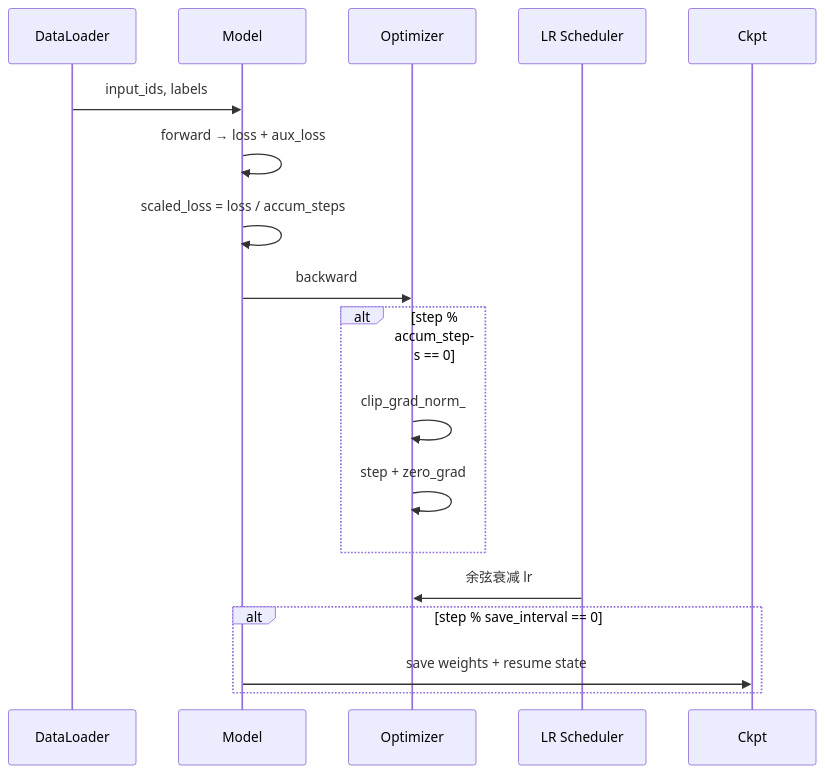
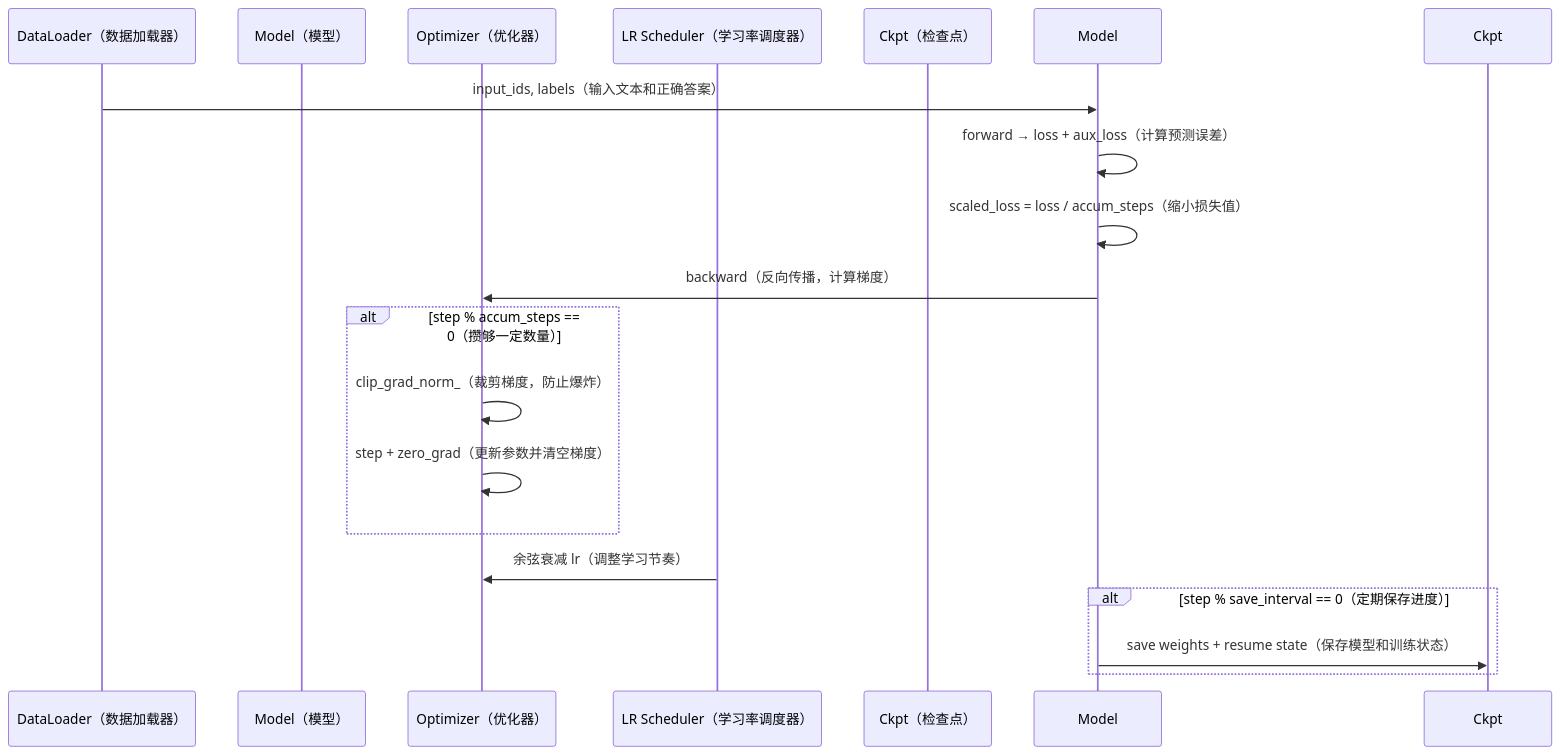
The diagram in docs/06-training-pretrain-sft.md (Leavesfly/minimind), drawn with Mermaid before and after one commit. The commit also changed other lines of this file and 16 other files, not shown here.

````diff
--- a/docs/06-training-pretrain-sft.md
+++ b/docs/06-training-pretrain-sft.md
@@ -38,21 +75,21 @@
 ```mermaid
 sequenceDiagram
-    participant Loader as DataLoader
-    participant Model
-    participant Optim as Optimizer
-    participant Sched as LR Scheduler
-    participant Ckpt
+    participant Loader as DataLoader（数据加载器）
+    participant Model（模型）
+    participant Optim as Optimizer（优化器）
+    participant Sched as LR Scheduler（学习率调度器）
+    participant Ckpt（检查点）
 
-    Loader->>Model: input_ids, labels
-    Model->>Model: forward → loss + aux_loss
-    Model->>Model: scaled_loss = loss / accum_steps
-    Model->>Optim: backward
-    alt step % accum_steps == 0
-        Optim->>Optim: clip_grad_norm_
-        Optim->>Optim: step + zero_grad
+    Loader->>Model: input_ids, labels（输入文本和正确答案）
+    Model->>Model: forward → loss + aux_loss（计算预测误差）
+    Model->>Model: scaled_loss = loss / accum_steps（缩小损失值）
+    Model->>Optim: backward（反向传播，计算梯度）
+    alt step % accum_steps == 0（攒够一定数量）
+        Optim->>Optim: clip_grad_norm_（裁剪梯度，防止爆炸）
+        Optim->>Optim: step + zero_grad（更新参数并清空梯度）
     end
-    Sched->>Optim: 余弦衰减 lr
-    alt step % save_interval == 0
-        Model->>Ckpt: save weights + resume state
+    Sched->>Optim: 余弦衰减 lr（调整学习节奏）
+    alt step % save_interval == 0（定期保存进度）
+        Model->>Ckpt: save weights + resume state（保存模型和训练状态）
     end
 ```
````
